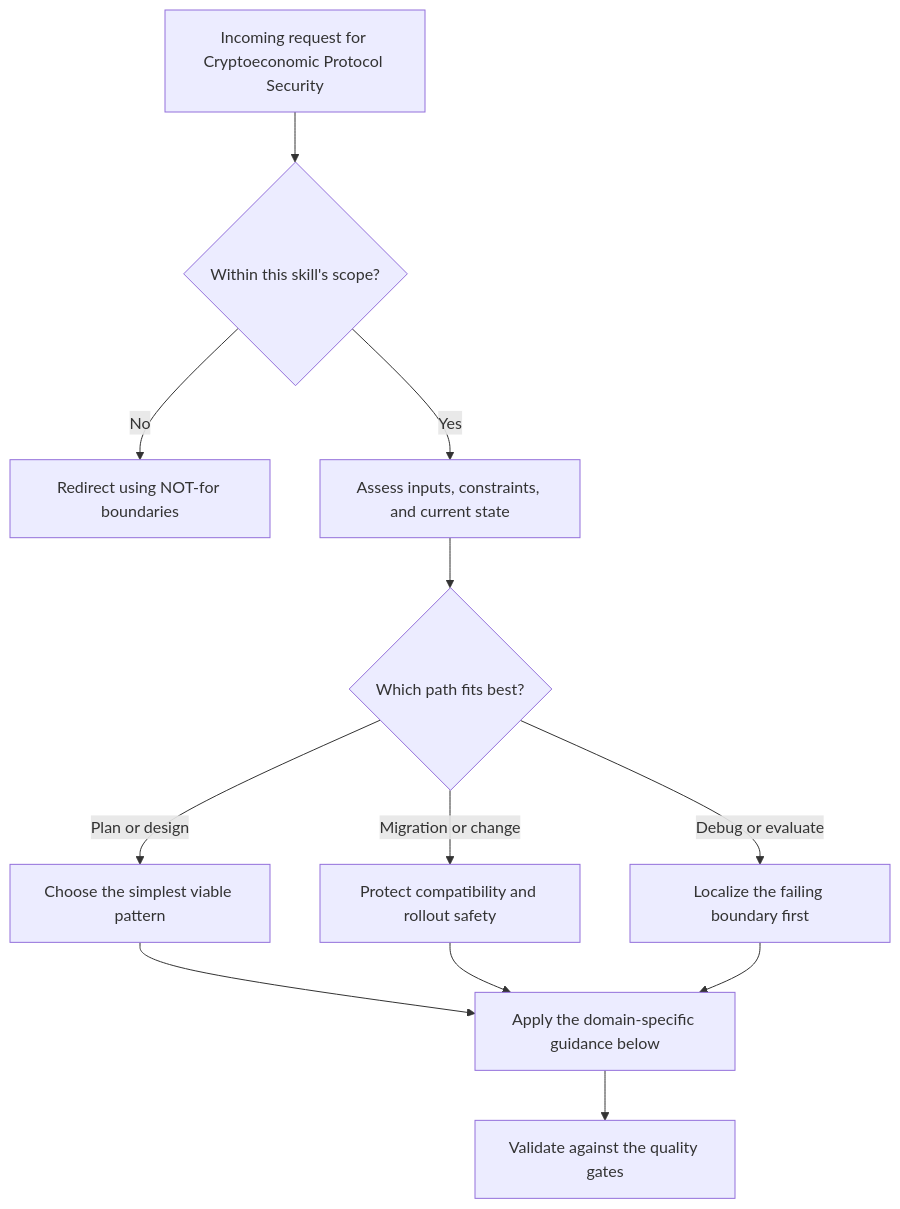
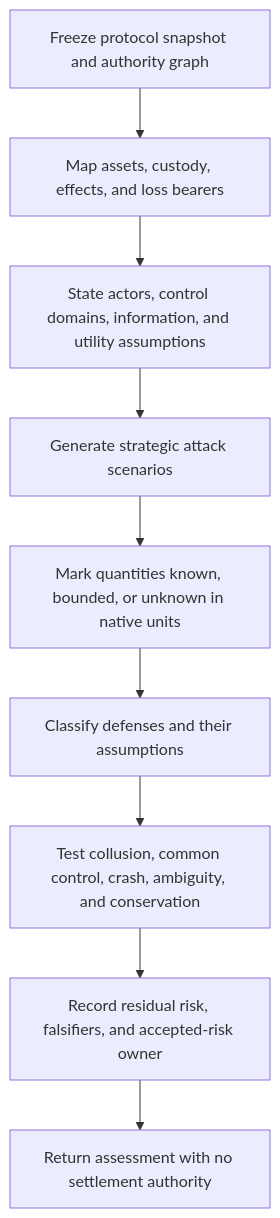
One commit to curiositech/port-daddy changed the diagram in skills/cryptoeconomic-protocol-security/SKILL.md. Above: the diagram before and after it, drawn with Mermaid. The commit also changed other lines of this file and 211 other files, not shown here.

````diff
--- a/skills/cryptoeconomic-protocol-security/SKILL.md
+++ b/skills/cryptoeconomic-protocol-security/SKILL.md
@@ -389,14 +60,11 @@
 ```mermaid
 flowchart TD
-  A[Incoming request for Cryptoeconomic Protocol Security] --> B{Within this skill's scope?}
-  B -->|No| C[Redirect using NOT-for boundaries]
-  B -->|Yes| D[Assess inputs, constraints, and current state]
-  D --> E{Which path fits best?}
-  E -->|Plan or design| F[Choose the simplest viable pattern]
-  E -->|Migration or change| G[Protect compatibility and rollout safety]
-  E -->|Debug or evaluate| H[Localize the failing boundary first]
-  F --> I[Apply the domain-specific guidance below]
-  G --> I
-  H --> I
-  I --> J[Validate against the quality gates]
+  A[Freeze protocol snapshot and authority graph] --> B[Map assets, custody, effects, and loss bearers]
+  B --> C[State actors, control domains, information, and utility assumptions]
+  C --> D[Generate strategic attack scenarios]
+  D --> E[Mark quantities known, bounded, or unknown in native units]
+  E --> F[Classify defenses and their assumptions]
+  F --> G[Test collusion, common control, crash, ambiguity, and conservation]
+  G --> H[Record residual risk, falsifiers, and accepted-risk owner]
+  H --> I[Return assessment with no settlement authority]
 ```
````
